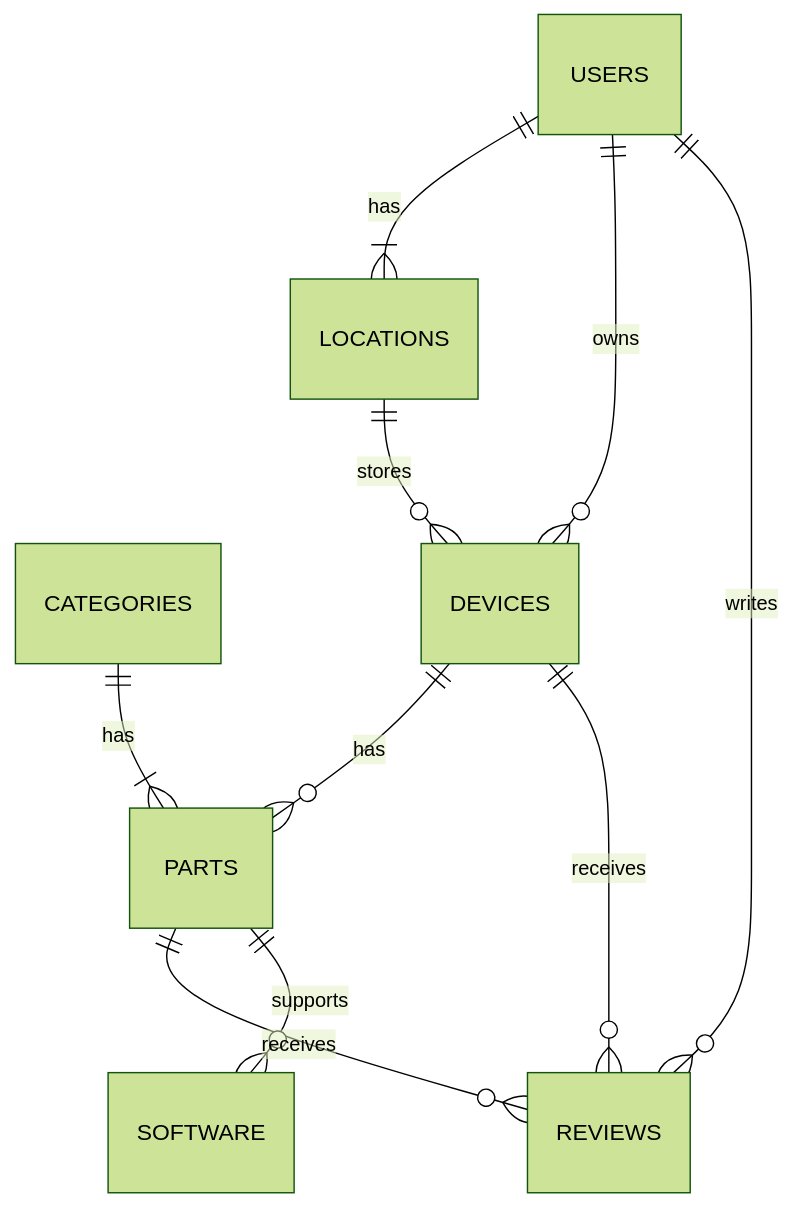
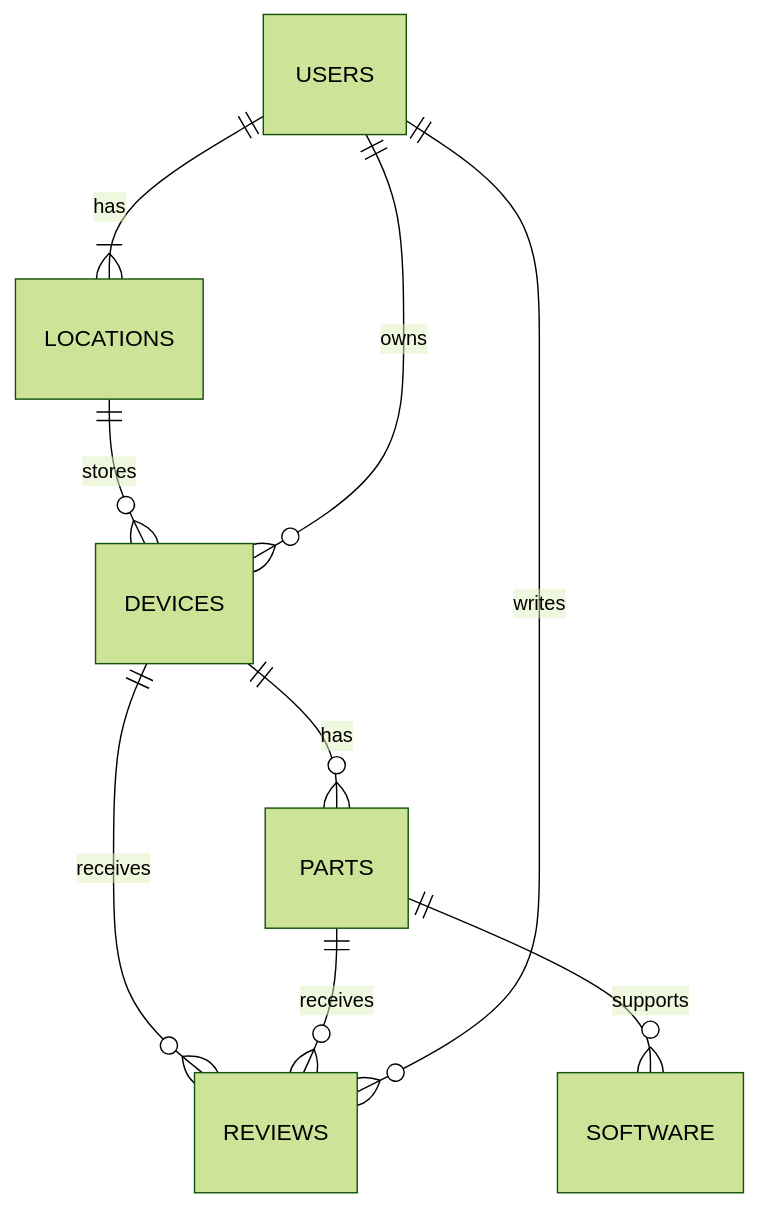
The diagram in README.md (bsmylie873/TransistorTracker), drawn with Mermaid before and after one commit. The commit also changed other lines of this file, not shown here.

Commit message:
Refactors to domain level diagram and added domain descriptions.

```````diff
--- a/README.md
+++ b/README.md
@@ -25,13 +25,12 @@
 ```mermaid
 %%{init: {'theme':'forest'}}%%
 erDiagram
-    CATEGORIES ||--|{ PARTS : has
     DEVICES ||--o{ PARTS : has
     DEVICES ||--o{ REVIEWS : receives
     LOCATIONS ||--o{ DEVICES : stores
     PARTS ||--o{ REVIEWS : receives
     PARTS ||--o{ SOFTWARE : supports
     USERS ||--|{ LOCATIONS : has
     USERS ||--o{ DEVICES : owns
     USERS ||--o{ REVIEWS : writes
-``````
+```
```````
